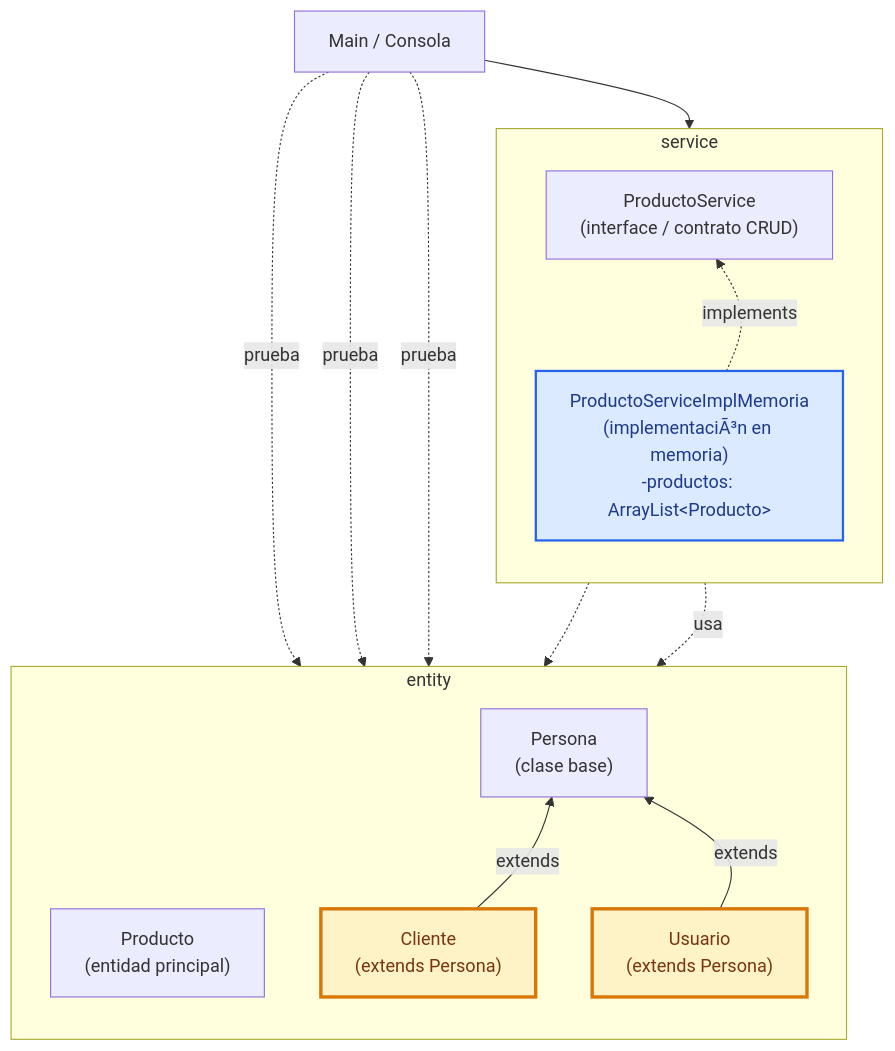
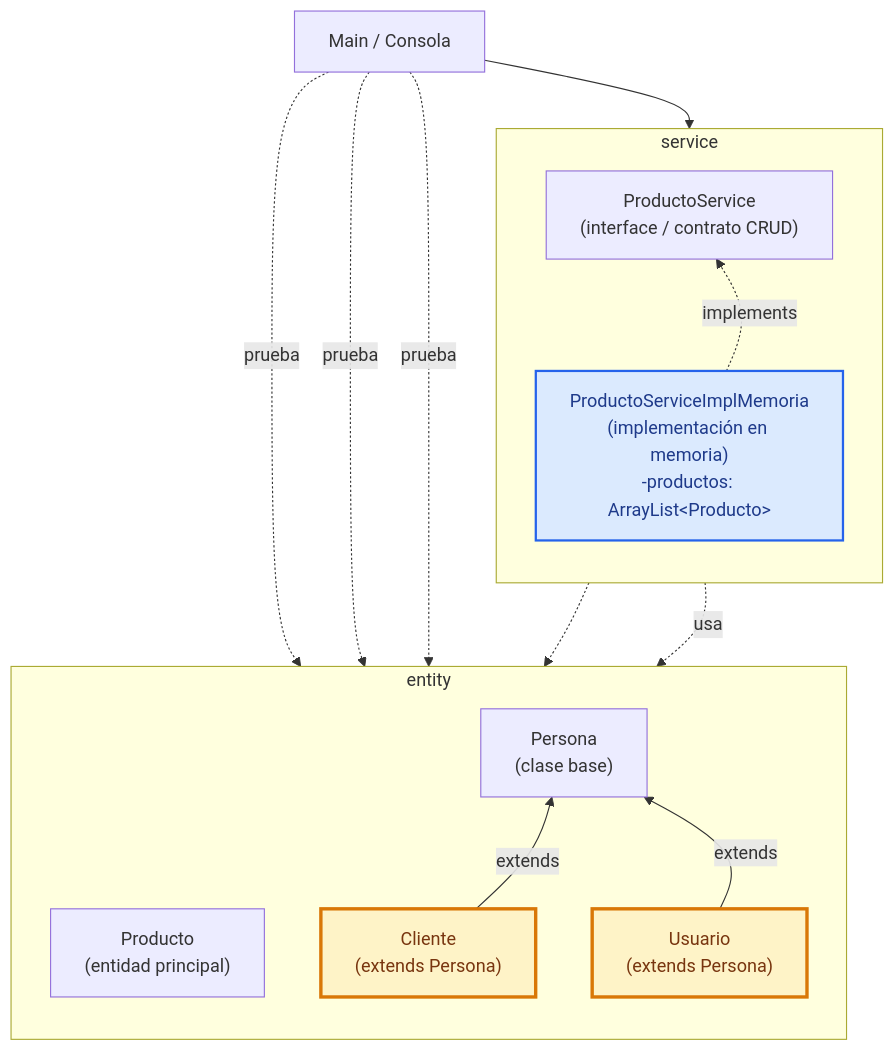
The diagram in docs/S06_Evaluacion_Unidad_1.md (262poo/comarket), drawn with Mermaid before and after one commit. The commit also changed other lines of this file and 12 other files, not shown here.

````diff
--- a/docs/S06_Evaluacion_Unidad_1.md
+++ b/docs/S06_Evaluacion_Unidad_1.md
@@ -49,36 +49,36 @@
 ```mermaid
 flowchart TB
     Main["Main / Consola"]
 
     subgraph ServiceU1["service"]
         direction TB
         InterfaceU1["ProductoService<br/>(interface / contrato CRUD)"]
-        ImplementacionU1["ProductoServiceImplMemoria<br/>(implementaciÃ³n en memoria)<br/>-productos: ArrayList&lt;Producto&gt;"]
+        ImplementacionU1["ProductoServiceImplMemoria<br/>(implementación en memoria)<br/>-productos: ArrayList&lt;Producto&gt;"]
     end
 
     subgraph EntitiesU1["entity"]
         direction TB
         ProductoU1["Producto<br/>(entidad principal)"]
         PersonaU1["Persona<br/>(clase base)"]
         ClienteU1["Cliente<br/>(extends Persona)"]
         UsuarioU1["Usuario<br/>(extends Persona)"]
     end
 
     Main --> InterfaceU1
     Main -. prueba .-> ProductoU1
     Main -. prueba .-> ClienteU1
     Main -. prueba .-> UsuarioU1
     InterfaceU1 ~~~ ImplementacionU1
     ImplementacionU1 -. implements .-> InterfaceU1
     InterfaceU1 -.-> ProductoU1
     ImplementacionU1 -. usa .-> ProductoU1
     PersonaU1 ~~~ ClienteU1
     PersonaU1 ~~~ UsuarioU1
     ClienteU1 -- extends --> PersonaU1
     UsuarioU1 -- extends --> PersonaU1
 
     classDef serviceImpl fill:#dbeafe,stroke:#2563eb,stroke-width:2px,color:#1e3a8a;
     classDef personaRole fill:#fef3c7,stroke:#d97706,stroke-width:3px,color:#78350f;
     class ImplementacionU1 serviceImpl;
     class ClienteU1,UsuarioU1 personaRole;
 ```
````
